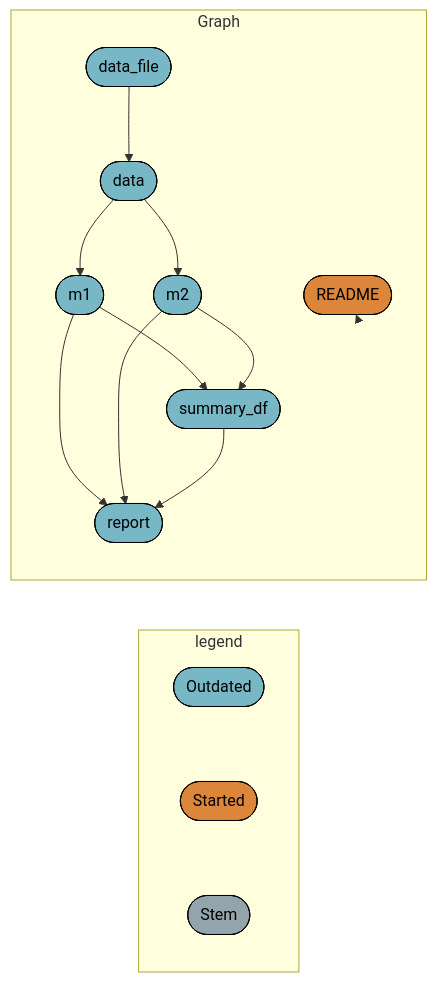
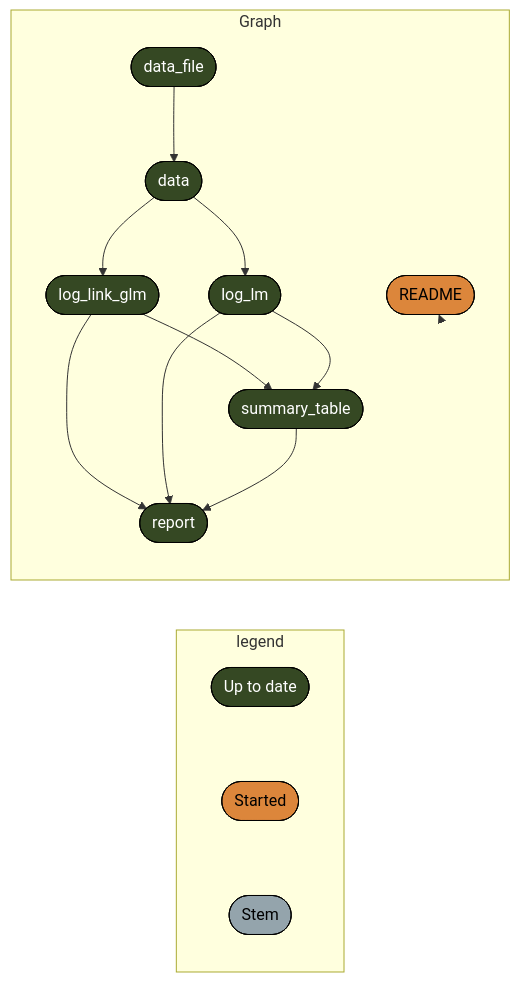
Before and after one commit to cct-datascience/targets-demo: the diagram in README.md, drawn with Mermaid. The commit also changed 2 other files, not shown here.

Commit message:
re-render

````diff
--- a/README.md
+++ b/README.md
@@ -24,24 +24,24 @@
 ``` mermaid
 graph LR
   subgraph legend
-    x0a52b03877696646([""Outdated""]):::outdated --- x5b3426b4c7fa7dbc([""Started""]):::started
+    x7420bd9270f8d27d([""Up to date""]):::uptodate --- x5b3426b4c7fa7dbc([""Started""]):::started
     x5b3426b4c7fa7dbc([""Started""]):::started --- xbf4603d6c2c2ad6b([""Stem""]):::none
   end
   subgraph Graph
-    x91ab60ce02b784dc(["m1"]):::outdated --> xce932be5e2ca916b(["summary_df"]):::outdated
-    xdb805eb4c75210a1(["m2"]):::outdated --> xce932be5e2ca916b(["summary_df"]):::outdated
-    x91ab60ce02b784dc(["m1"]):::outdated --> xe0fba61fbc506510(["report"]):::outdated
-    xdb805eb4c75210a1(["m2"]):::outdated --> xe0fba61fbc506510(["report"]):::outdated
-    xce932be5e2ca916b(["summary_df"]):::outdated --> xe0fba61fbc506510(["report"]):::outdated
-    x9902c3bf9eac92fd(["data_file"]):::outdated --> xb7119b48552d1da3(["data"]):::outdated
-    xb7119b48552d1da3(["data"]):::outdated --> x91ab60ce02b784dc(["m1"]):::outdated
-    xb7119b48552d1da3(["data"]):::outdated --> xdb805eb4c75210a1(["m2"]):::outdated
+    x5c3cf6a62d99a036(["log_link_glm"]):::uptodate --> x1aa14e4024bffa08(["summary_table"]):::uptodate
+    x5f659d069b8ddeae(["log_lm"]):::uptodate --> x1aa14e4024bffa08(["summary_table"]):::uptodate
+    xb7119b48552d1da3(["data"]):::uptodate --> x5c3cf6a62d99a036(["log_link_glm"]):::uptodate
+    xb7119b48552d1da3(["data"]):::uptodate --> x5f659d069b8ddeae(["log_lm"]):::uptodate
+    x5c3cf6a62d99a036(["log_link_glm"]):::uptodate --> xe0fba61fbc506510(["report"]):::uptodate
+    x5f659d069b8ddeae(["log_lm"]):::uptodate --> xe0fba61fbc506510(["report"]):::uptodate
+    x1aa14e4024bffa08(["summary_table"]):::uptodate --> xe0fba61fbc506510(["report"]):::uptodate
+    x9902c3bf9eac92fd(["data_file"]):::uptodate --> xb7119b48552d1da3(["data"]):::uptodate
     x793b57f9be3e25d5(["README"]):::started --> x793b57f9be3e25d5(["README"]):::started
   end
-  classDef outdated stroke:#000000,color:#000000,fill:#78B7C5;
+  classDef uptodate stroke:#000000,color:#ffffff,fill:#354823;
   classDef started stroke:#000000,color:#000000,fill:#DC863B;
   classDef none stroke:#000000,color:#000000,fill:#94a4ac;
   linkStyle 0 stroke-width:0px;
   linkStyle 1 stroke-width:0px;
   linkStyle 10 stroke-width:0px;
 ```
````
